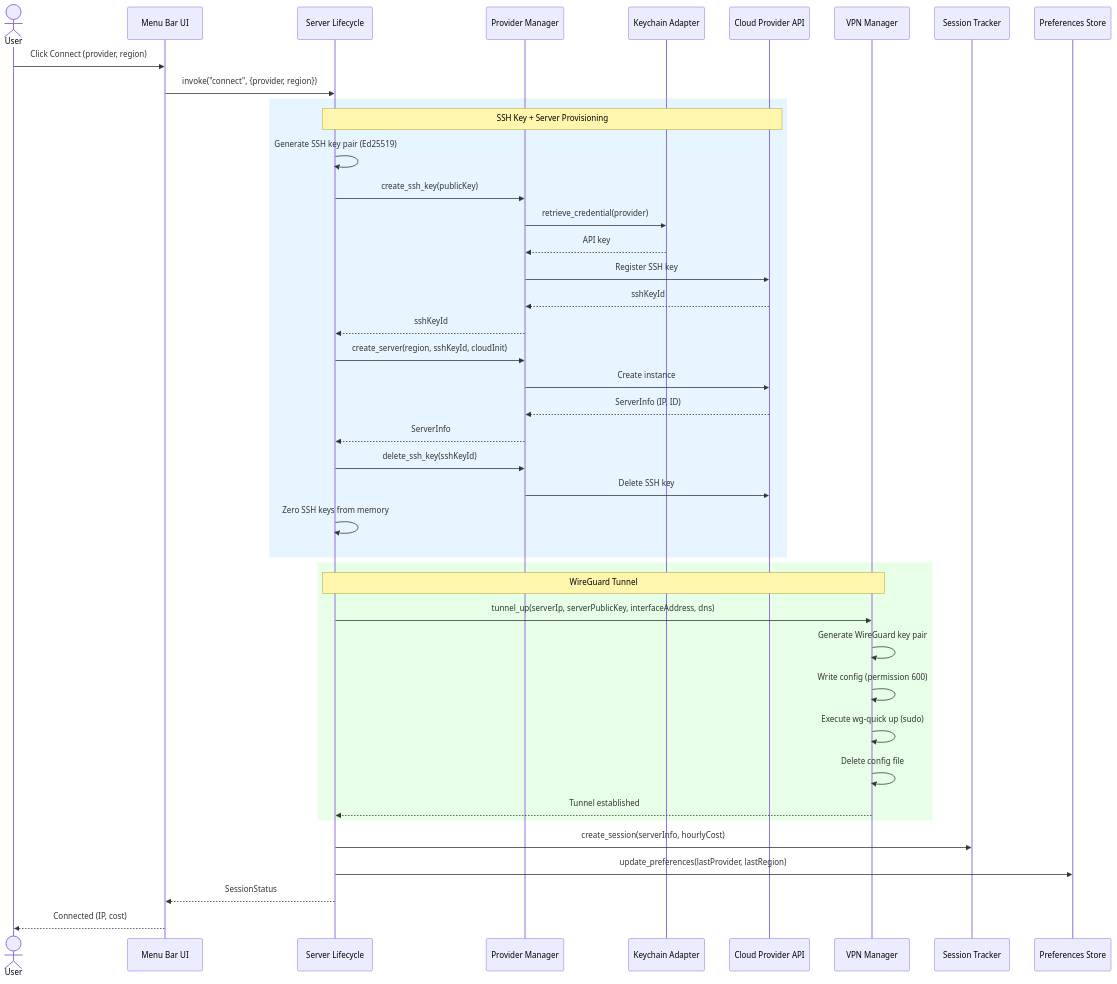
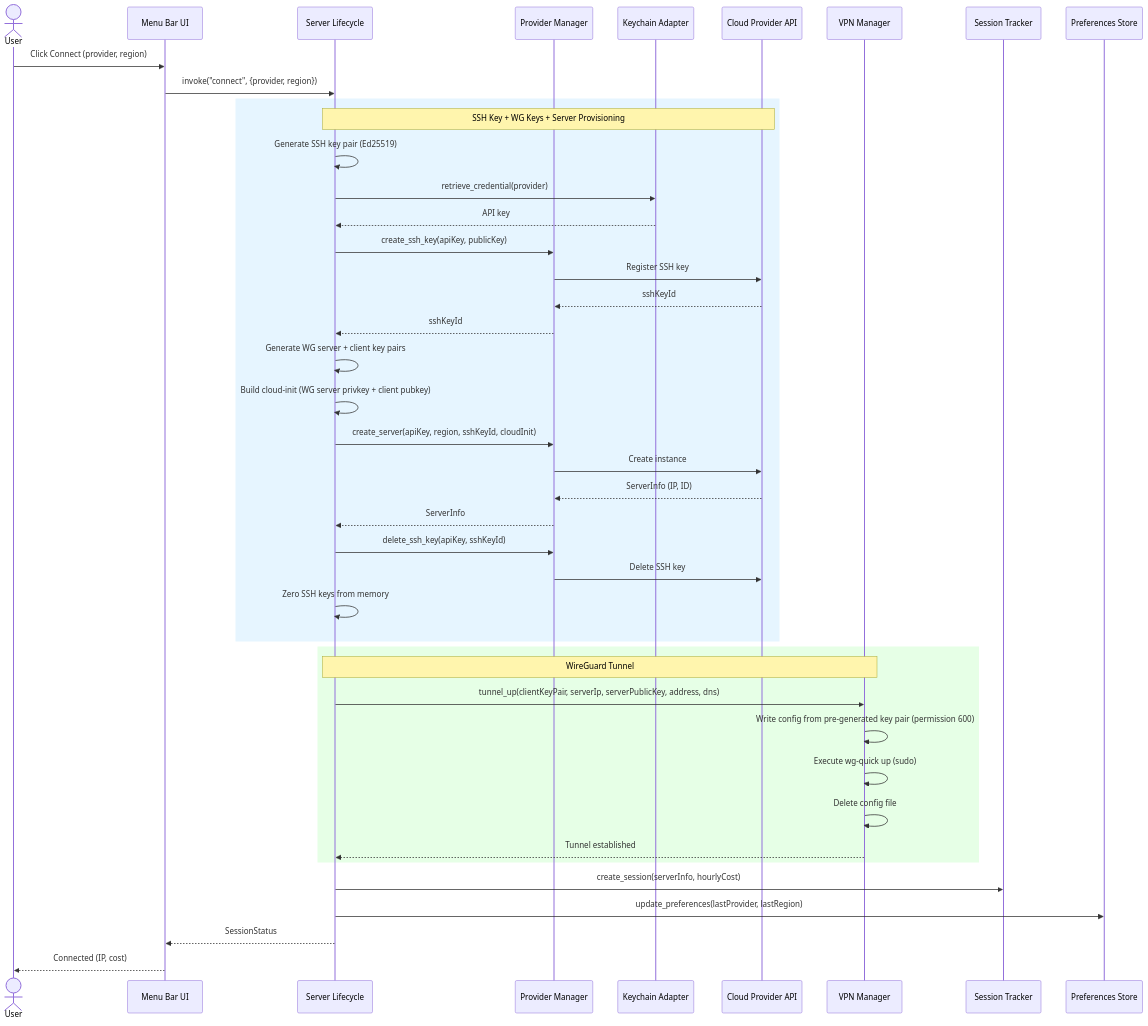
One commit to saemanas/oh-my-vpn changed the first of 4 diagrams in docs/api-design/2026-03-04-1726-api-design.md. Above: the diagram before and after it, drawn with Mermaid. The commit also changed other lines of this file and 14 other files, not shown here.

First line of the commit message:
feat(server-lifecycle): implement M4.2 connect flow (#51)

````diff
--- a/docs/api-design/2026-03-04-1726-api-design.md
+++ b/docs/api-design/2026-03-04-1726-api-design.md
@@ -626,50 +629,51 @@
 ```mermaid
 sequenceDiagram
     actor User
     participant UI as Menu Bar UI
     participant SL as Server Lifecycle
     participant PM as Provider Manager
     participant KA as Keychain Adapter
     participant Cloud as Cloud Provider API
     participant VM as VPN Manager
     participant ST as Session Tracker
     participant PS as Preferences Store
 
     User->>UI: Click Connect (provider, region)
     UI->>SL: invoke("connect", {provider, region})
 
     rect rgb(230, 245, 255)
-        note over SL,Cloud: SSH Key + Server Provisioning
+        note over SL,Cloud: SSH Key + WG Keys + Server Provisioning
         SL->>SL: Generate SSH key pair (Ed25519)
-        SL->>PM: create_ssh_key(publicKey)
-        PM->>KA: retrieve_credential(provider)
-        KA-->>PM: API key
+        SL->>KA: retrieve_credential(provider)
+        KA-->>SL: API key
+        SL->>PM: create_ssh_key(apiKey, publicKey)
         PM->>Cloud: Register SSH key
         Cloud-->>PM: sshKeyId
         PM-->>SL: sshKeyId
 
-        SL->>PM: create_server(region, sshKeyId, cloudInit)
+        SL->>SL: Generate WG server + client key pairs
+        SL->>SL: Build cloud-init (WG server privkey + client pubkey)
+        SL->>PM: create_server(apiKey, region, sshKeyId, cloudInit)
         PM->>Cloud: Create instance
         Cloud-->>PM: ServerInfo (IP, ID)
         PM-->>SL: ServerInfo
 
-        SL->>PM: delete_ssh_key(sshKeyId)
+        SL->>PM: delete_ssh_key(apiKey, sshKeyId)
         PM->>Cloud: Delete SSH key
         SL->>SL: Zero SSH keys from memory
     end
 
     rect rgb(230, 255, 230)
         note over SL,VM: WireGuard Tunnel
-        SL->>VM: tunnel_up(serverIp, serverPublicKey, interfaceAddress, dns)
-        VM->>VM: Generate WireGuard key pair
-        VM->>VM: Write config (permission 600)
+        SL->>VM: tunnel_up(clientKeyPair, serverIp, serverPublicKey, address, dns)
+        VM->>VM: Write config from pre-generated key pair (permission 600)
         VM->>VM: Execute wg-quick up (sudo)
         VM->>VM: Delete config file
         VM-->>SL: Tunnel established
     end
 
     SL->>ST: create_session(serverInfo, hourlyCost)
     SL->>PS: update_preferences(lastProvider, lastRegion)
     SL-->>UI: SessionStatus
     UI-->>User: Connected (IP, cost)
 ```
````
